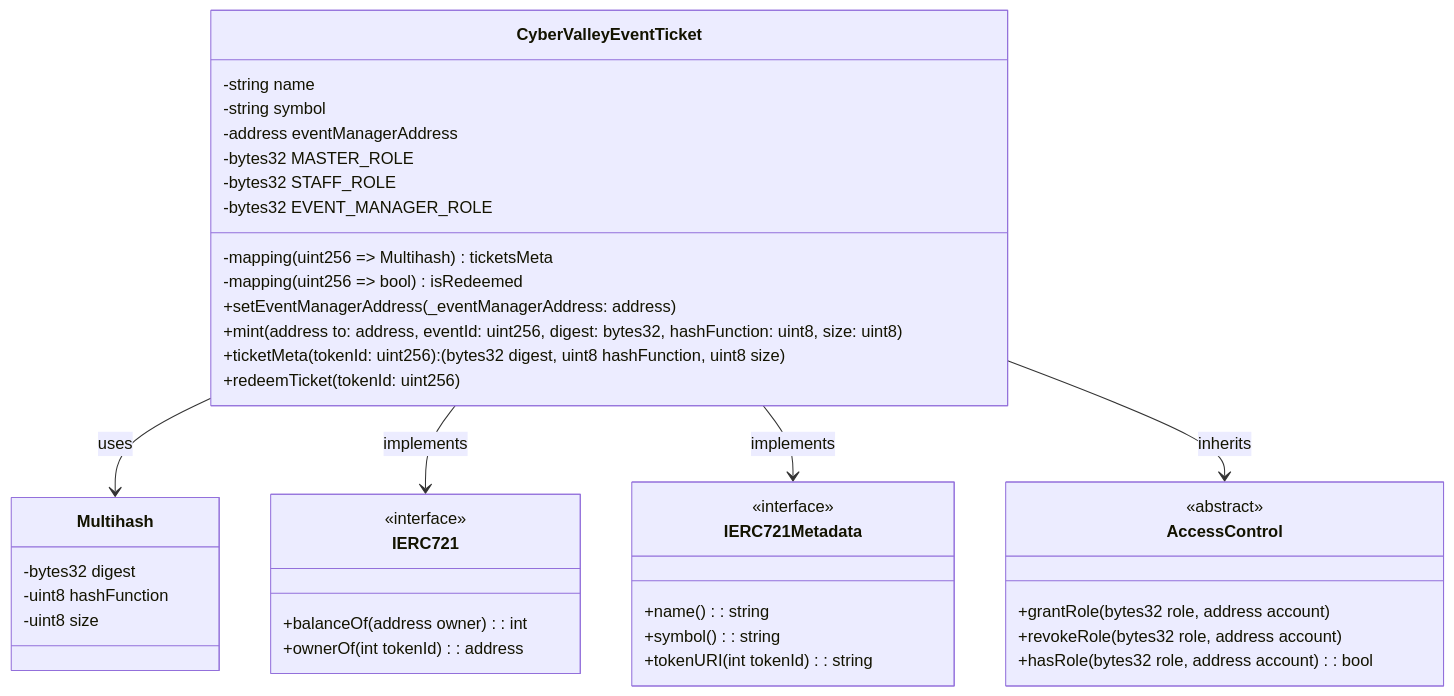
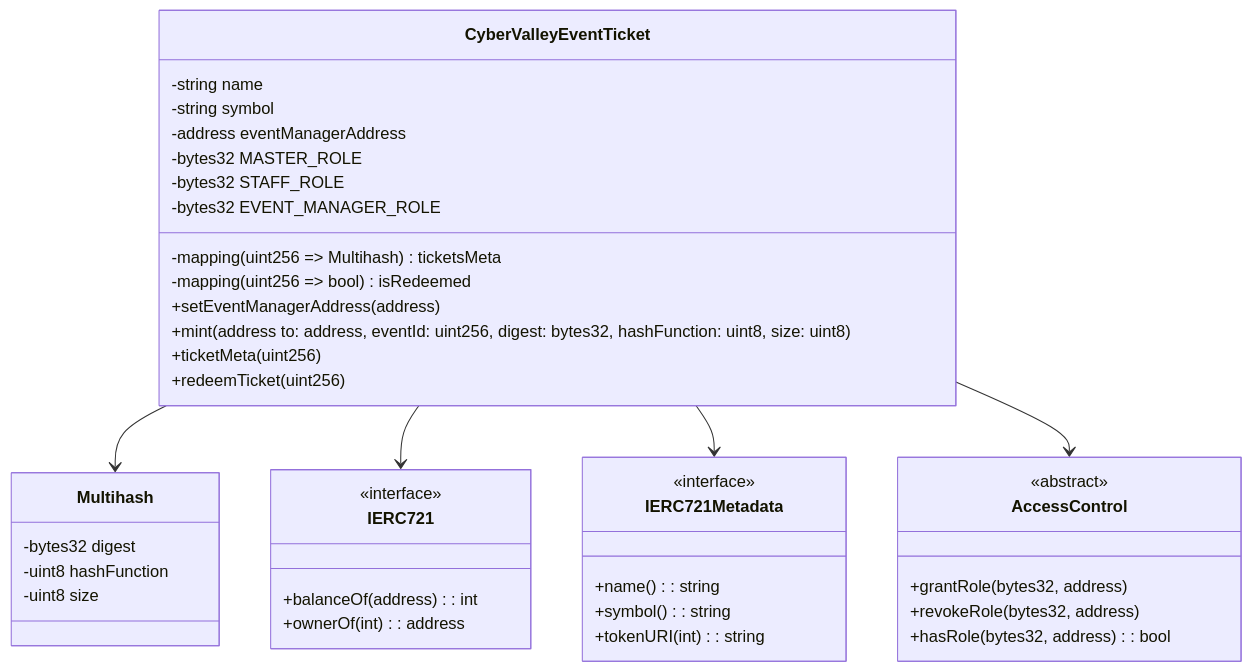
Diagram 19 of 48 in README.md (ai-shift/cyber-valley-tickets), drawn with Mermaid before and after one commit. The commit also changed other lines of this file, not shown here.

Commit message:
docs: attempt to fix mermaid diagrams

````diff
--- a/README.md
+++ b/README.md
@@ -633,49 +631,49 @@
 ```mermaid
 classDiagram
     class CyberValleyEventTicket {
         -string name
         -string symbol
         -address eventManagerAddress
         -mapping(uint256 => Multihash) ticketsMeta
         -mapping(uint256 => bool) isRedeemed
         -bytes32 MASTER_ROLE
         -bytes32 STAFF_ROLE
         -bytes32 EVENT_MANAGER_ROLE
 
-        +setEventManagerAddress(_eventManagerAddress: address)
+        +setEventManagerAddress(address)
         +mint(address to: address, eventId: uint256, digest: bytes32, hashFunction: uint8, size: uint8)
-        +ticketMeta(tokenId: uint256): (bytes32 digest, uint8 hashFunction, uint8 size)
-        +redeemTicket(tokenId: uint256)
+        +ticketMeta(uint256)
+        +redeemTicket(uint256)
     }
 
     class Multihash {
         -bytes32 digest
         -uint8 hashFunction
         -uint8 size
     }
 
     class IERC721 {
         <<interface>>
-        +balanceOf(address owner): int
-        +ownerOf(int tokenId): address
+        +balanceOf(address): int
+        +ownerOf(int): address
     }
 
     class IERC721Metadata {
         <<interface>>
         +name(): string
         +symbol(): string
-        +tokenURI(int tokenId): string
+        +tokenURI(int): string
     }
 
     class AccessControl {
         <<abstract>>
-        +grantRole(bytes32 role, address account)
-        +revokeRole(bytes32 role, address account)
-        +hasRole(bytes32 role, address account): bool
+        +grantRole(bytes32, address)
+        +revokeRole(bytes32, address)
+        +hasRole(bytes32, address): bool
     }
 
-    CyberValleyEventTicket --> Multihash : uses
-    CyberValleyEventTicket --> IERC721 : implements
-    CyberValleyEventTicket --> IERC721Metadata : implements
-    CyberValleyEventTicket --> AccessControl : inherits
+    CyberValleyEventTicket --> Multihash
+    CyberValleyEventTicket --> IERC721
+    CyberValleyEventTicket --> IERC721Metadata
+    CyberValleyEventTicket --> AccessControl
 ```
````
